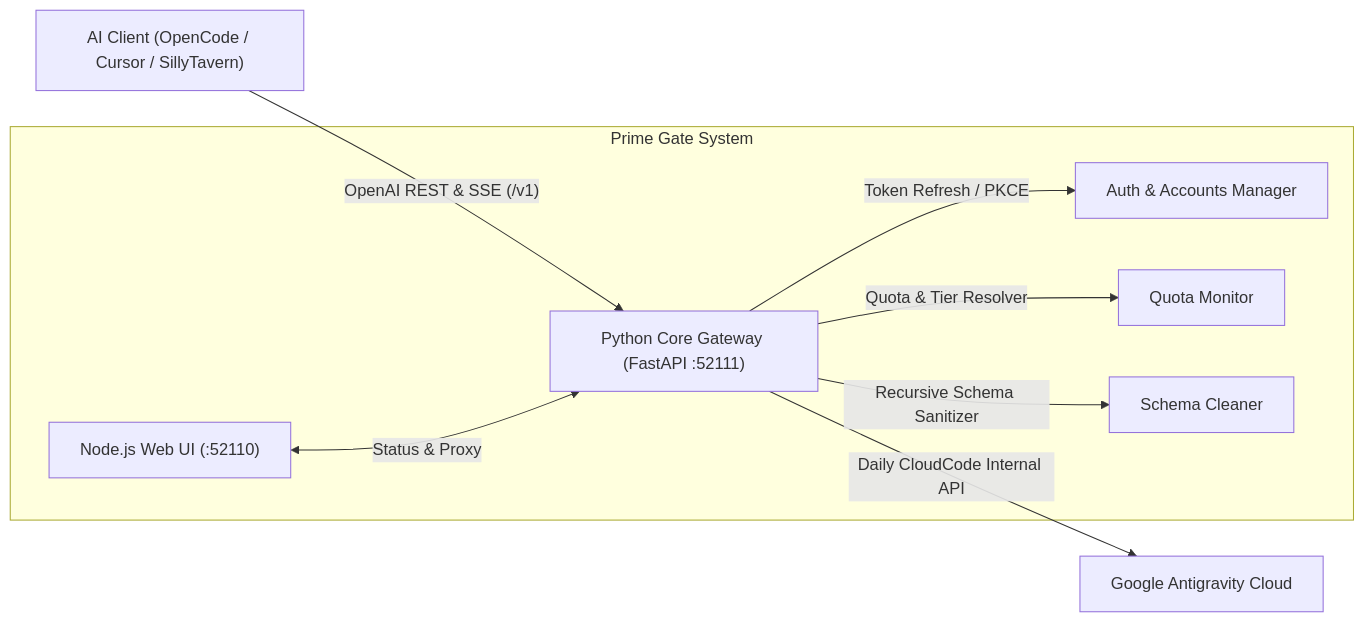
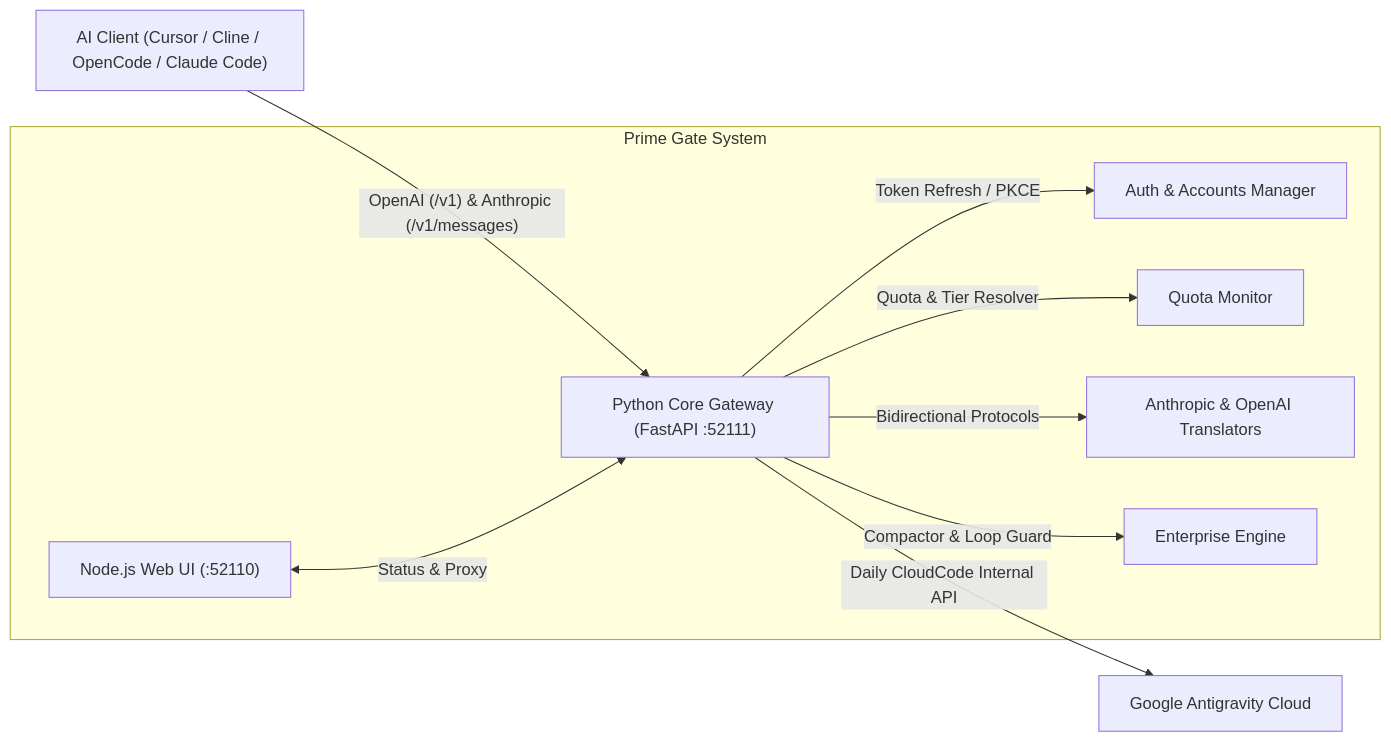
The diagram in README.md (irhamkaraman/prime-gate-proxy-antigravity-lik), drawn with Mermaid before and after one commit. The commit also changed other lines of this file and 18 other files, not shown here.

Commit message:
feat(anthropic): release v1.2.1 native Anthropic Messages API compatibility, count_tokens, dual-mode models & UI sandbox switcher

````diff
--- a/README.md
+++ b/README.md
@@ -34,14 +34,15 @@
 ```mermaid
 graph LR
-    Client["AI Client (OpenCode / Cursor / SillyTavern)"] 
-    -->|"OpenAI REST & SSE (/v1)"| PyCore["Python Core Gateway (FastAPI :52111)"]
+    Client["AI Client (Cursor / Cline / OpenCode / Claude Code)"] 
+    -->|"OpenAI (/v1) & Anthropic (/v1/messages)"| PyCore["Python Core Gateway (FastAPI :52111)"]
     
     subgraph "Prime Gate System"
         PyCore -->|"Token Refresh / PKCE"| Auth["Auth & Accounts Manager"]
         PyCore -->|"Quota & Tier Resolver"| Quota["Quota Monitor"]
-        PyCore -->|"Recursive Schema Sanitizer"| Sanitizer["Schema Cleaner"]
+        PyCore -->|"Bidirectional Protocols"| Translator["Anthropic & OpenAI Translators"]
+        PyCore -->|"Compactor & Loop Guard"| Enterprise["Enterprise Engine"]
         UI["Node.js Web UI (:52110)"] <-->|"Status & Proxy"| PyCore
     end
 
     PyCore -->|"Daily CloudCode Internal API"| Google["Google Antigravity Cloud"]
 ```
````
